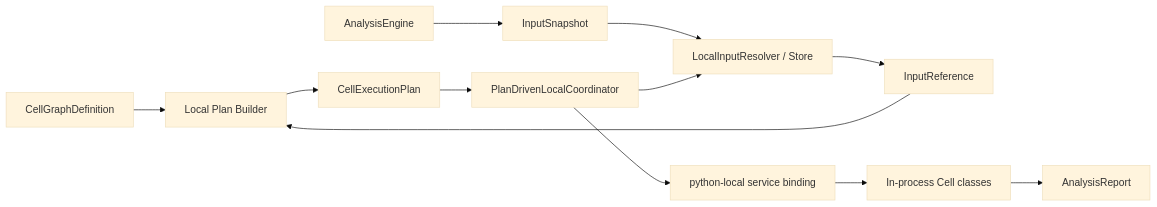
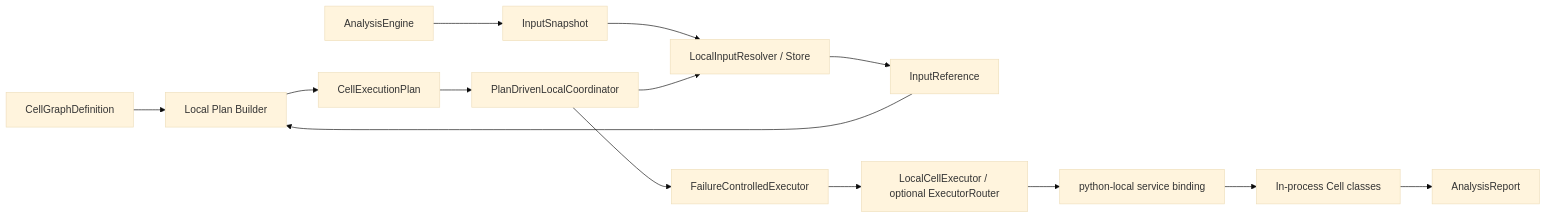
One commit to ModWU/market-cell changed the second of 3 diagrams in docs/cell_execution_fabric.md. Above: the diagram before and after it, drawn with Mermaid (base theme). The commit also changed other lines of this file and 102 other files, not shown here.

````diff
--- a/docs/cell_execution_fabric.md
+++ b/docs/cell_execution_fabric.md
@@ -366,14 +440,16 @@
 ```mermaid
 flowchart LR
     Graph["CellGraphDefinition"] --> Planner["Local Plan Builder"]
     Engine["AnalysisEngine"] --> Snapshot["InputSnapshot"]
     Snapshot --> Store["LocalInputResolver / Store"]
     Store --> Reference["InputReference"]
     Reference --> Planner
     Planner --> Plan["CellExecutionPlan"]
     Plan --> Coordinator["PlanDrivenLocalCoordinator"]
     Coordinator --> Store
-    Coordinator --> Local["python-local service binding"]
+    Coordinator --> Control["FailureControlledExecutor"]
+    Control --> Executor["LocalCellExecutor / optional ExecutorRouter"]
+    Executor --> Local["python-local service binding"]
     Local --> Cells["In-process Cell classes"]
     Cells --> Report["AnalysisReport"]
 ```
````
